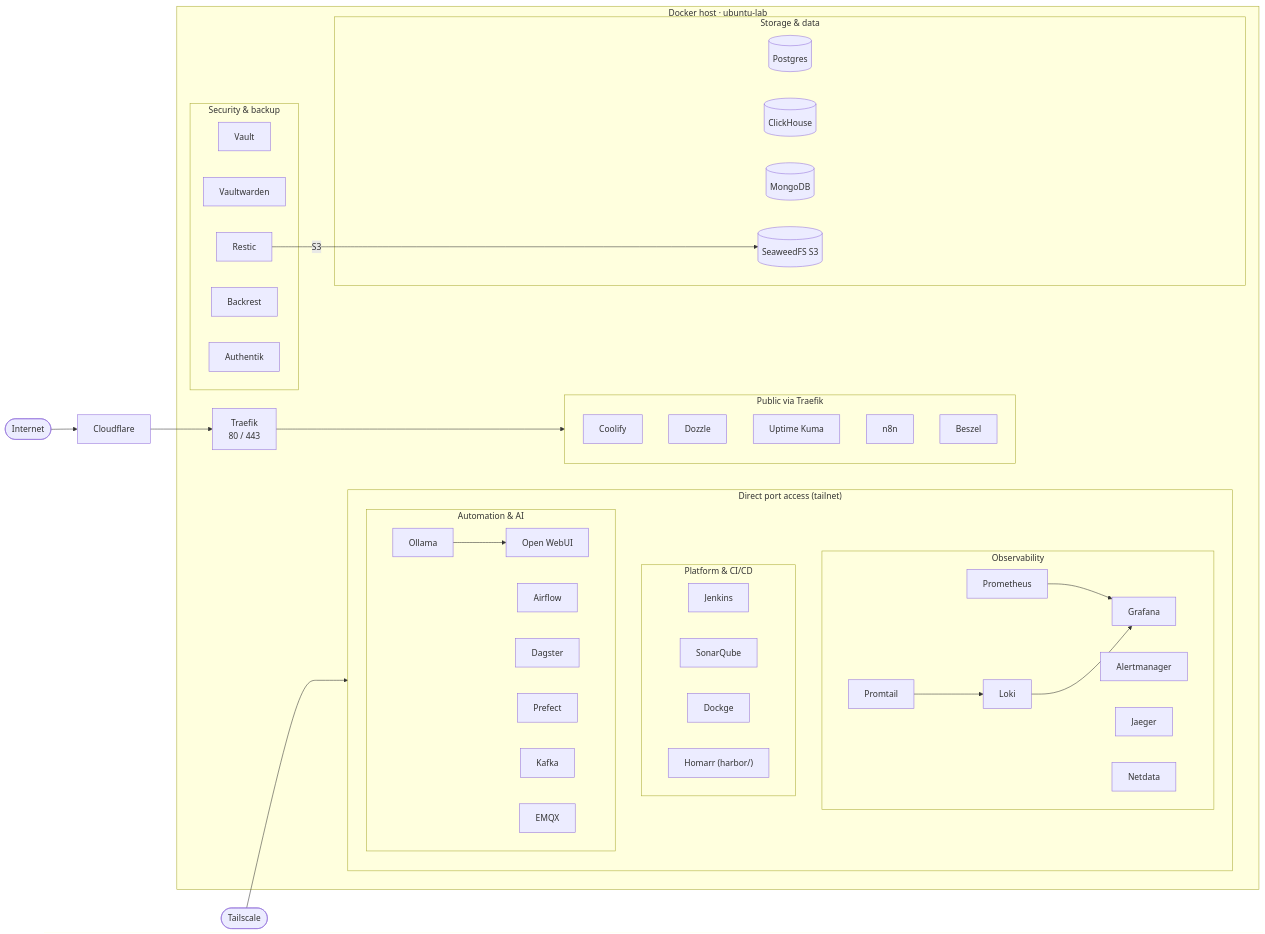
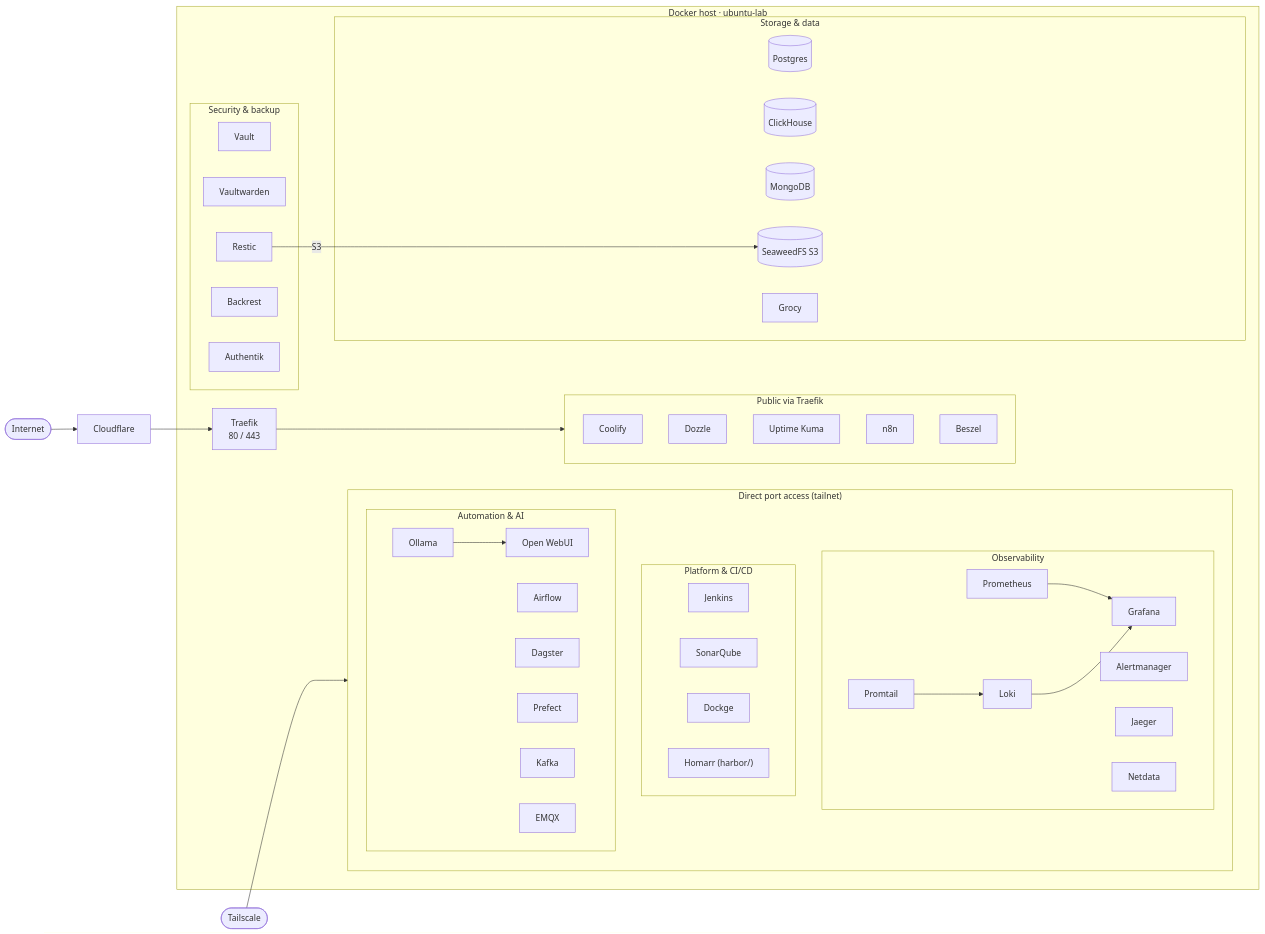
The diagram in README.md (JeerasakAnanta/homelab), drawn with Mermaid before and after one commit. The commit also changed other lines of this file and 3 other files, not shown here.

````diff
--- a/README.md
+++ b/README.md
@@ -50,62 +50,63 @@
 ```mermaid
 graph LR
     Internet([Internet]) --> CF[Cloudflare]
     CF --> Traefik[Traefik<br/>80 / 443]
     Tailnet([Tailscale]) --> Admin
 
     subgraph Host["Docker host · ubuntu-lab"]
         Traefik --> Public
 
         subgraph Public["Public via Traefik"]
             direction TB
             Coolify[Coolify]
             Dozzle[Dozzle]
             Kuma[Uptime Kuma]
             n8n[n8n]
             Beszel[Beszel]
         end
 
         subgraph Admin["Direct port access (tailnet)"]
             direction TB
             subgraph Obs["Observability"]
                 Prometheus --> Grafana
                 Loki --> Grafana
                 Promtail --> Loki
                 Alertmanager
                 Jaeger
                 Netdata
             end
             subgraph Dev["Platform & CI/CD"]
                 Jenkins
                 SonarQube
                 Dockge
                 Harbor["Homarr (harbor/)"]
             end
             subgraph AI["Automation & AI"]
                 Ollama --> OpenWebUI[Open WebUI]
                 Airflow
                 Dagster
                 Prefect
                 Kafka
                 EMQX
             end
         end
 
         subgraph Data["Storage & data"]
             Postgres[(Postgres)]
             ClickHouse[(ClickHouse)]
             MongoDB[(MongoDB)]
             SeaweedFS[(SeaweedFS S3)]
+            Grocy
         end
 
         subgraph Sec["Security & backup"]
             Vault
             Vaultwarden
             Restic
             Backrest
             Authentik
         end
 
         Restic -->|S3| SeaweedFS
     end
 ```
````
